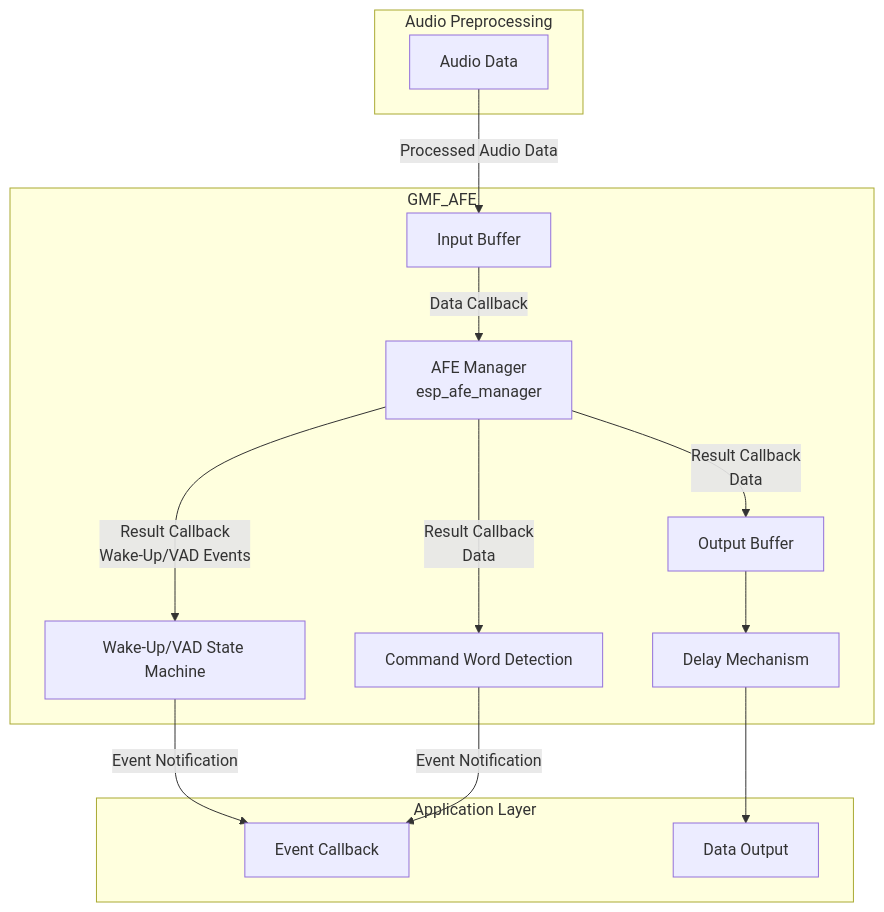
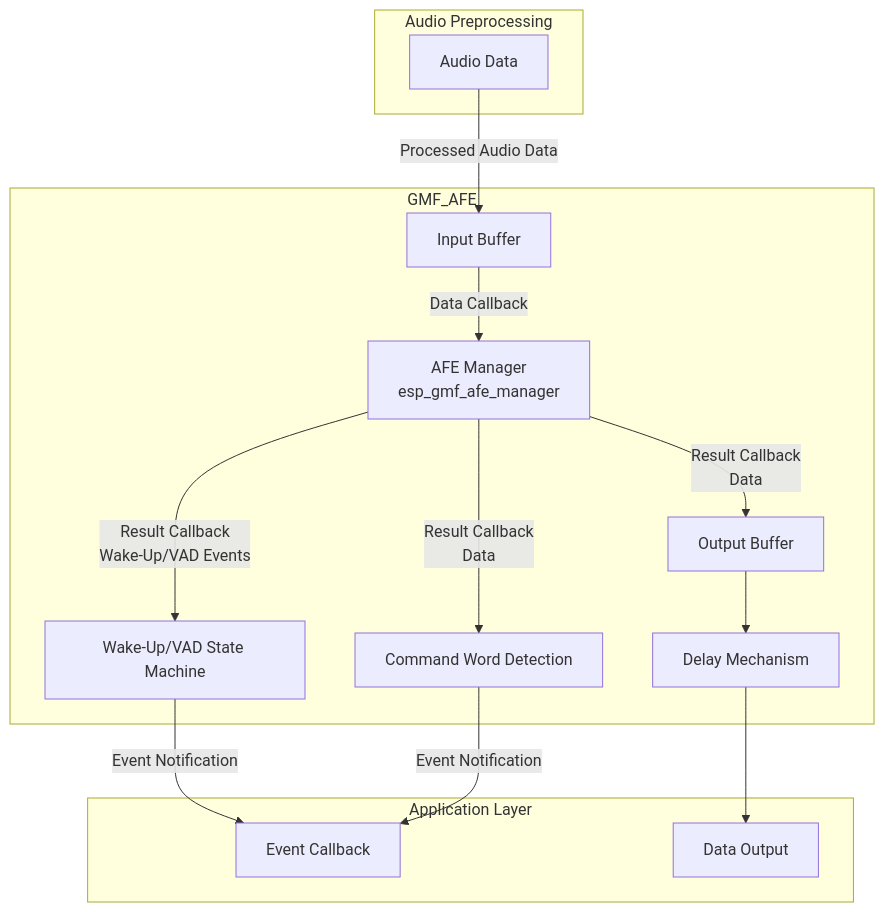
Before and after one commit to kevinkang-Globe/esp-gmf: the second of 5 diagrams in gmf_elements/gmf_ai_audio/README.md, drawn with Mermaid. The commit also changed other lines of this file and 23 other files, not shown here.

````diff
--- a/gmf_elements/gmf_ai_audio/README.md
+++ b/gmf_elements/gmf_ai_audio/README.md
@@ -83,29 +83,29 @@
   ```mermaid
   graph TD
     subgraph Audio Preprocessing
       RAW[Audio Data]
     end
 
     subgraph GMF_AFE
-        AFE_MGR[AFE Manager<br>esp_afe_manager]
+        AFE_MGR[AFE Manager<br>esp_gmf_afe_manager]
         INPUT_RB[Input Buffer]
         OUTPUT_RB[Output Buffer]
         STATE_MACHINE[Wake-Up/VAD State Machine]
         MN_DET[Command Word Detection]
         DELAY[Delay Mechanism]
     end
 
     subgraph Application Layer
       EVENT_CB[Event Callback]
       OUT_PORT[Data Output]
     end
 
     RAW -->|Processed Audio Data| INPUT_RB
     INPUT_RB -->|Data Callback| AFE_MGR
     AFE_MGR -->|Result Callback<br>Data| OUTPUT_RB
     AFE_MGR -->|Result Callback<br>Wake-Up/VAD Events| STATE_MACHINE
     AFE_MGR -->|Result Callback<br>Data| MN_DET
     OUTPUT_RB --> DELAY --> OUT_PORT
     STATE_MACHINE -->|Event Notification| EVENT_CB
     MN_DET -->|Event Notification| EVENT_CB
   ```
````
